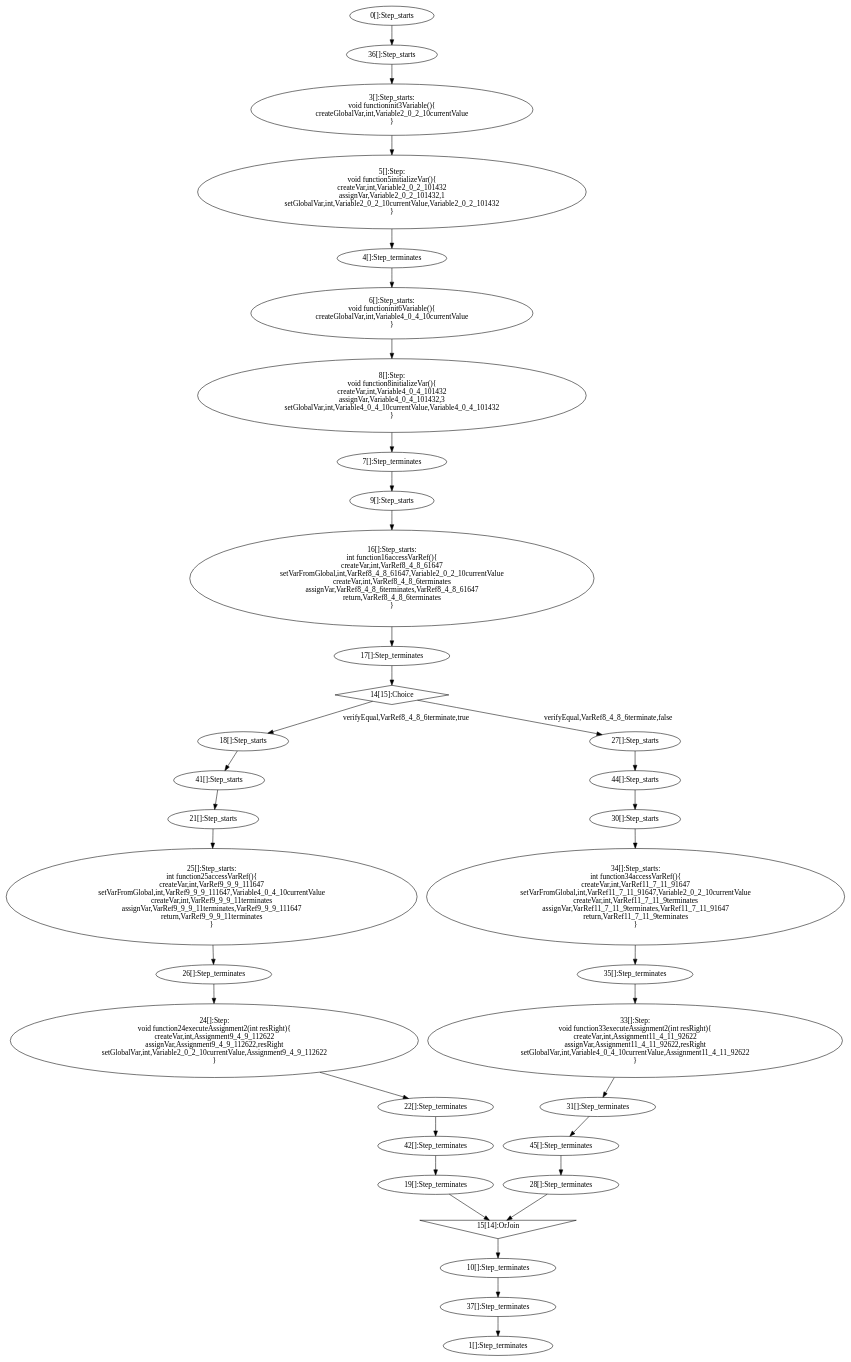
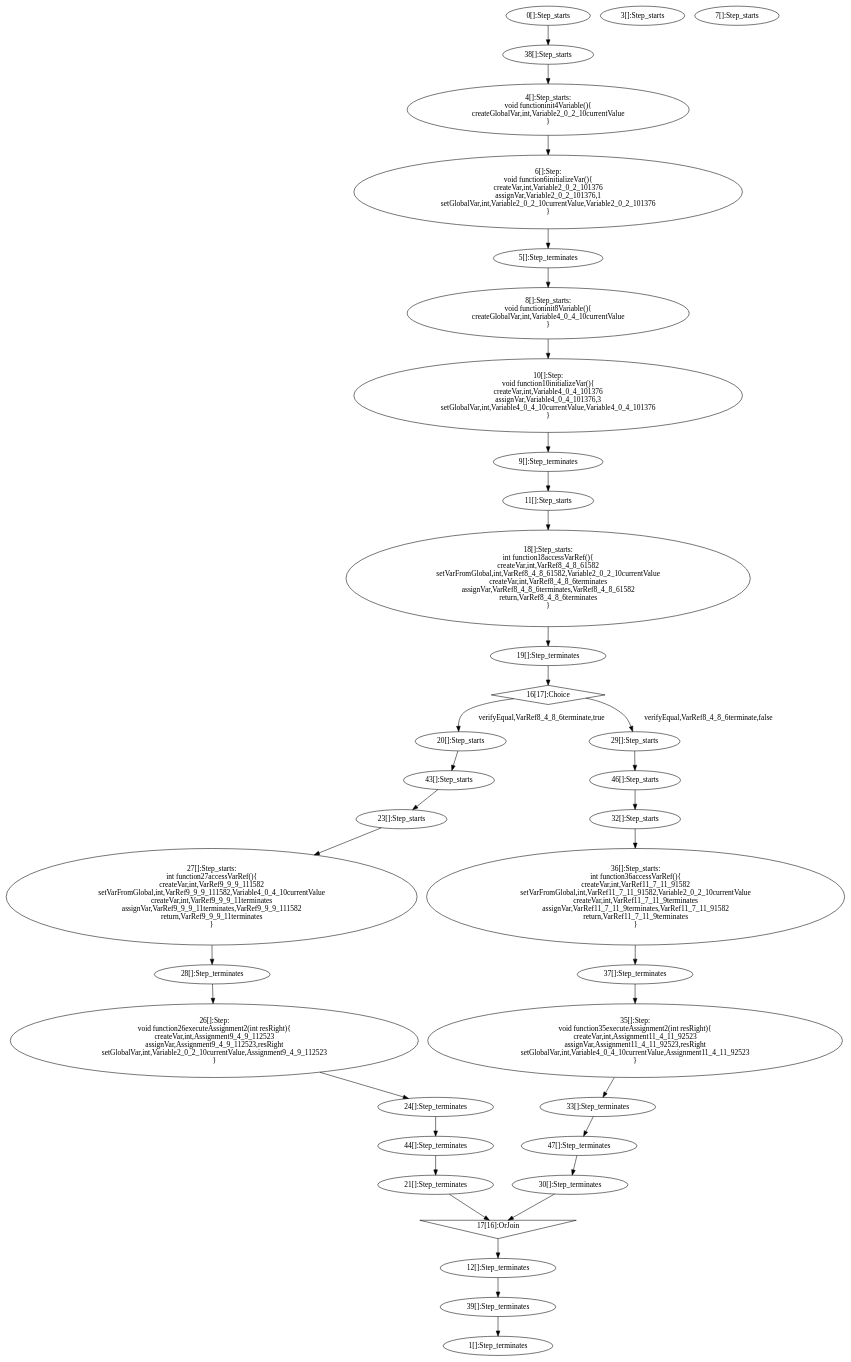
The diagram in examples/programs/expected/basictestplus.dot (jdeantoni/TCOS.lang), drawn with Graphviz before and after one commit. The commit also changed 64 other files, not shown here.

```diff
--- a/examples/programs/expected/basictestplus.dot
+++ b/examples/programs/expected/basictestplus.dot
@@ -1,117 +1,119 @@
 digraph G {
   "0" [label="0[]:Step_starts" shape="ellipse" ];
   "1" [label="1[]:Step_terminates" shape="ellipse" ];
-  "36" [label="36[]:Step_starts" shape="ellipse" ];
-  "37" [label="37[]:Step_terminates" shape="ellipse" ];
-  "3" [label="3[]:Step_starts:
-void functioninit3Variable(){
+  "38" [label="38[]:Step_starts" shape="ellipse" ];
+  "39" [label="39[]:Step_terminates" shape="ellipse" ];
+  "3" [label="3[]:Step_starts" shape="ellipse" ];
+  "4" [label="4[]:Step_starts:
+void functioninit4Variable(){
 createGlobalVar,int,Variable2_0_2_10currentValue
 }" shape="ellipse" ];
-  "4" [label="4[]:Step_terminates" shape="ellipse" ];
-  "5" [label="5[]:Step:
-void function5initializeVar(){
-createVar,int,Variable2_0_2_101432
-assignVar,Variable2_0_2_101432,1
-setGlobalVar,int,Variable2_0_2_10currentValue,Variable2_0_2_101432
+  "5" [label="5[]:Step_terminates" shape="ellipse" ];
+  "6" [label="6[]:Step:
+void function6initializeVar(){
+createVar,int,Variable2_0_2_101376
+assignVar,Variable2_0_2_101376,1
+setGlobalVar,int,Variable2_0_2_10currentValue,Variable2_0_2_101376
 }" shape="ellipse" ];
-  "6" [label="6[]:Step_starts:
-void functioninit6Variable(){
+  "7" [label="7[]:Step_starts" shape="ellipse" ];
+  "8" [label="8[]:Step_starts:
+void functioninit8Variable(){
 createGlobalVar,int,Variable4_0_4_10currentValue
 }" shape="ellipse" ];
-  "7" [label="7[]:Step_terminates" shape="ellipse" ];
-  "8" [label="8[]:Step:
-void function8initializeVar(){
-createVar,int,Variable4_0_4_101432
-assignVar,Variable4_0_4_101432,3
-setGlobalVar,int,Variable4_0_4_10currentValue,Variable4_0_4_101432
+  "9" [label="9[]:Step_terminates" shape="ellipse" ];
+  "10" [label="10[]:Step:
+void function10initializeVar(){
+createVar,int,Variable4_0_4_101376
+assignVar,Variable4_0_4_101376,3
+setGlobalVar,int,Variable4_0_4_10currentValue,Variable4_0_4_101376
 }" shape="ellipse" ];
-  "9" [label="9[]:Step_starts" shape="ellipse" ];
-  "10" [label="10[]:Step_terminates" shape="ellipse" ];
-  "14" [label="14[15]:Choice" shape="diamond" ];
-  "15" [label="15[14]:OrJoin" shape="invtriangle" ];
-  "16" [label="16[]:Step_starts:
-int function16accessVarRef(){
-createVar,int,VarRef8_4_8_61647
-setVarFromGlobal,int,VarRef8_4_8_61647,Variable2_0_2_10currentValue
+  "11" [label="11[]:Step_starts" shape="ellipse" ];
+  "12" [label="12[]:Step_terminates" shape="ellipse" ];
+  "16" [label="16[17]:Choice" shape="diamond" ];
+  "17" [label="17[16]:OrJoin" shape="invtriangle" ];
+  "18" [label="18[]:Step_starts:
+int function18accessVarRef(){
+createVar,int,VarRef8_4_8_61582
+setVarFromGlobal,int,VarRef8_4_8_61582,Variable2_0_2_10currentValue
 createVar,int,VarRef8_4_8_6terminates
-assignVar,VarRef8_4_8_6terminates,VarRef8_4_8_61647
+assignVar,VarRef8_4_8_6terminates,VarRef8_4_8_61582
 return,VarRef8_4_8_6terminates
 }" shape="ellipse" ];
-  "17" [label="17[]:Step_terminates" shape="ellipse" ];
-  "18" [label="18[]:Step_starts" shape="ellipse" ];
   "19" [label="19[]:Step_terminates" shape="ellipse" ];
-  "27" [label="27[]:Step_starts" shape="ellipse" ];
-  "28" [label="28[]:Step_terminates" shape="ellipse" ];
-  "41" [label="41[]:Step_starts" shape="ellipse" ];
-  "42" [label="42[]:Step_terminates" shape="ellipse" ];
-  "44" [label="44[]:Step_starts" shape="ellipse" ];
-  "45" [label="45[]:Step_terminates" shape="ellipse" ];
-  "21" [label="21[]:Step_starts" shape="ellipse" ];
-  "22" [label="22[]:Step_terminates" shape="ellipse" ];
-  "24" [label="24[]:Step:
-void function24executeAssignment2(int resRight){
-createVar,int,Assignment9_4_9_112622
-assignVar,Assignment9_4_9_112622,resRight
-setGlobalVar,int,Variable2_0_2_10currentValue,Assignment9_4_9_112622
+  "20" [label="20[]:Step_starts" shape="ellipse" ];
+  "21" [label="21[]:Step_terminates" shape="ellipse" ];
+  "29" [label="29[]:Step_starts" shape="ellipse" ];
+  "30" [label="30[]:Step_terminates" shape="ellipse" ];
+  "43" [label="43[]:Step_starts" shape="ellipse" ];
+  "44" [label="44[]:Step_terminates" shape="ellipse" ];
+  "46" [label="46[]:Step_starts" shape="ellipse" ];
+  "47" [label="47[]:Step_terminates" shape="ellipse" ];
+  "23" [label="23[]:Step_starts" shape="ellipse" ];
+  "24" [label="24[]:Step_terminates" shape="ellipse" ];
+  "26" [label="26[]:Step:
+void function26executeAssignment2(int resRight){
+createVar,int,Assignment9_4_9_112523
+assignVar,Assignment9_4_9_112523,resRight
+setGlobalVar,int,Variable2_0_2_10currentValue,Assignment9_4_9_112523
 }" shape="ellipse" ];
-  "30" [label="30[]:Step_starts" shape="ellipse" ];
-  "31" [label="31[]:Step_terminates" shape="ellipse" ];
-  "33" [label="33[]:Step:
-void function33executeAssignment2(int resRight){
-createVar,int,Assignment11_4_11_92622
-assignVar,Assignment11_4_11_92622,resRight
-setGlobalVar,int,Variable4_0_4_10currentValue,Assignment11_4_11_92622
+  "32" [label="32[]:Step_starts" shape="ellipse" ];
+  "33" [label="33[]:Step_terminates" shape="ellipse" ];
+  "35" [label="35[]:Step:
+void function35executeAssignment2(int resRight){
+createVar,int,Assignment11_4_11_92523
+assignVar,Assignment11_4_11_92523,resRight
+setGlobalVar,int,Variable4_0_4_10currentValue,Assignment11_4_11_92523
 }" shape="ellipse" ];
-  "25" [label="25[]:Step_starts:
-int function25accessVarRef(){
-createVar,int,VarRef9_9_9_111647
-setVarFromGlobal,int,VarRef9_9_9_111647,Variable4_0_4_10currentValue
+  "27" [label="27[]:Step_starts:
+int function27accessVarRef(){
+createVar,int,VarRef9_9_9_111582
+setVarFromGlobal,int,VarRef9_9_9_111582,Variable4_0_4_10currentValue
 createVar,int,VarRef9_9_9_11terminates
-assignVar,VarRef9_9_9_11terminates,VarRef9_9_9_111647
+assignVar,VarRef9_9_9_11terminates,VarRef9_9_9_111582
 return,VarRef9_9_9_11terminates
 }" shape="ellipse" ];
-  "26" [label="26[]:Step_terminates" shape="ellipse" ];
-  "34" [label="34[]:Step_starts:
-int function34accessVarRef(){
-createVar,int,VarRef11_7_11_91647
-setVarFromGlobal,int,VarRef11_7_11_91647,Variable2_0_2_10currentValue
+  "28" [label="28[]:Step_terminates" shape="ellipse" ];
+  "36" [label="36[]:Step_starts:
+int function36accessVarRef(){
+createVar,int,VarRef11_7_11_91582
+setVarFromGlobal,int,VarRef11_7_11_91582,Variable2_0_2_10currentValue
 createVar,int,VarRef11_7_11_9terminates
-assignVar,VarRef11_7_11_9terminates,VarRef11_7_11_91647
+assignVar,VarRef11_7_11_9terminates,VarRef11_7_11_91582
 return,VarRef11_7_11_9terminates
 }" shape="ellipse" ];
-  "35" [label="35[]:Step_terminates" shape="ellipse" ];
-  "0" -> "36" [label=""];
-  "37" -> "1" [label=""];
-  "36" -> "3" [label=""];
+  "37" [label="37[]:Step_terminates" shape="ellipse" ];
+  "0" -> "38" [label=""];
+  "39" -> "1" [label=""];
+  "38" -> "4" [label=""];
+  "5" -> "8" [label=""];
+  "9" -> "11" [label=""];
+  "12" -> "39" [label=""];
   "4" -> "6" [label=""];
-  "7" -> "9" [label=""];
-  "10" -> "37" [label=""];
-  "3" -> "5" [label=""];
-  "5" -> "4" [label=""];
-  "6" -> "8" [label=""];
-  "8" -> "7" [label=""];
-  "9" -> "16" [label=""];
-  "17" -> "14" [label=""];
-  "14" -> "18" [label="verifyEqual,VarRef8_4_8_6terminate,true"];
-  "14" -> "27" [label="verifyEqual,VarRef8_4_8_6terminate,false"];
-  "28" -> "15" [label=""];
-  "19" -> "15" [label=""];
-  "15" -> "10" [label=""];
-  "16" -> "17" [label=""];
-  "18" -> "41" [label=""];
-  "42" -> "19" [label=""];
-  "27" -> "44" [label=""];
-  "45" -> "28" [label=""];
-  "41" -> "21" [label=""];
-  "22" -> "42" [label=""];
-  "44" -> "30" [label=""];
-  "31" -> "45" [label=""];
-  "21" -> "25" [label=""];
+  "6" -> "5" [label=""];
+  "8" -> "10" [label=""];
+  "10" -> "9" [label=""];
+  "11" -> "18" [label=""];
+  "19" -> "16" [label=""];
+  "16" -> "20" [label="verifyEqual,VarRef8_4_8_6terminate,true"];
+  "16" -> "29" [label="verifyEqual,VarRef8_4_8_6terminate,false"];
+  "30" -> "17" [label=""];
+  "21" -> "17" [label=""];
+  "17" -> "12" [label=""];
+  "18" -> "19" [label=""];
+  "20" -> "43" [label=""];
+  "44" -> "21" [label=""];
+  "29" -> "46" [label=""];
+  "47" -> "30" [label=""];
+  "43" -> "23" [label=""];
+  "24" -> "44" [label=""];
+  "46" -> "32" [label=""];
+  "33" -> "47" [label=""];
+  "23" -> "27" [label=""];
+  "28" -> "26" [label=""];
   "26" -> "24" [label=""];
-  "24" -> "22" [label=""];
-  "30" -> "34" [label=""];
+  "32" -> "36" [label=""];
+  "37" -> "35" [label=""];
   "35" -> "33" [label=""];
-  "33" -> "31" [label=""];
-  "25" -> "26" [label=""];
-  "34" -> "35" [label=""];
+  "27" -> "28" [label=""];
+  "36" -> "37" [label=""];
 }
```
